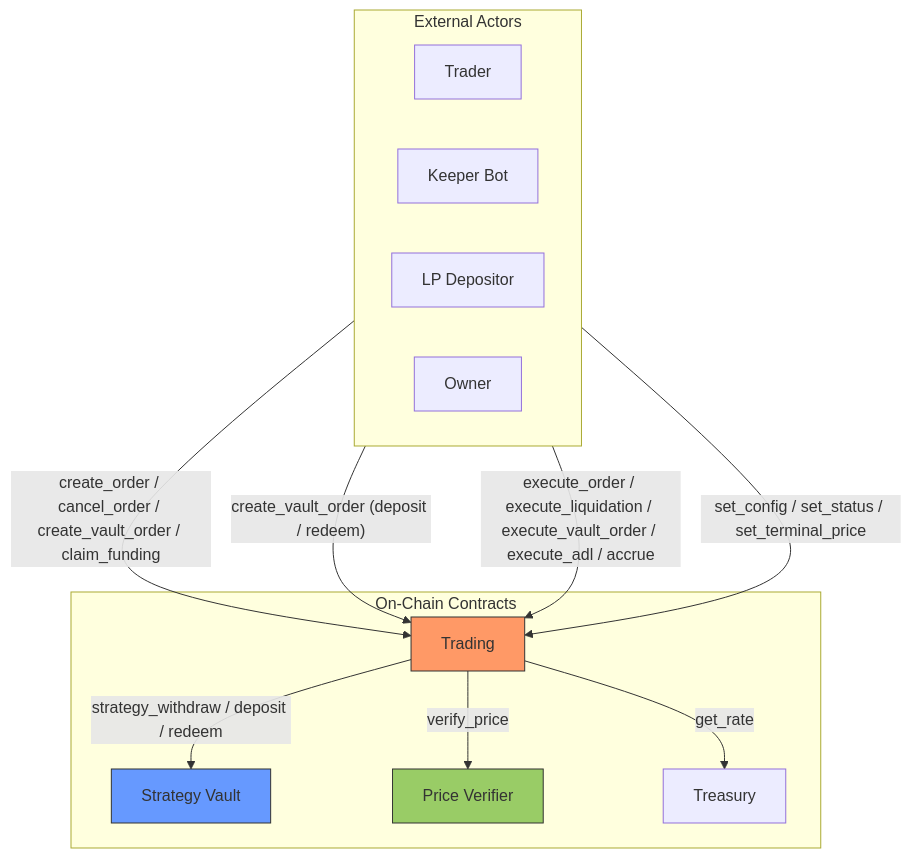
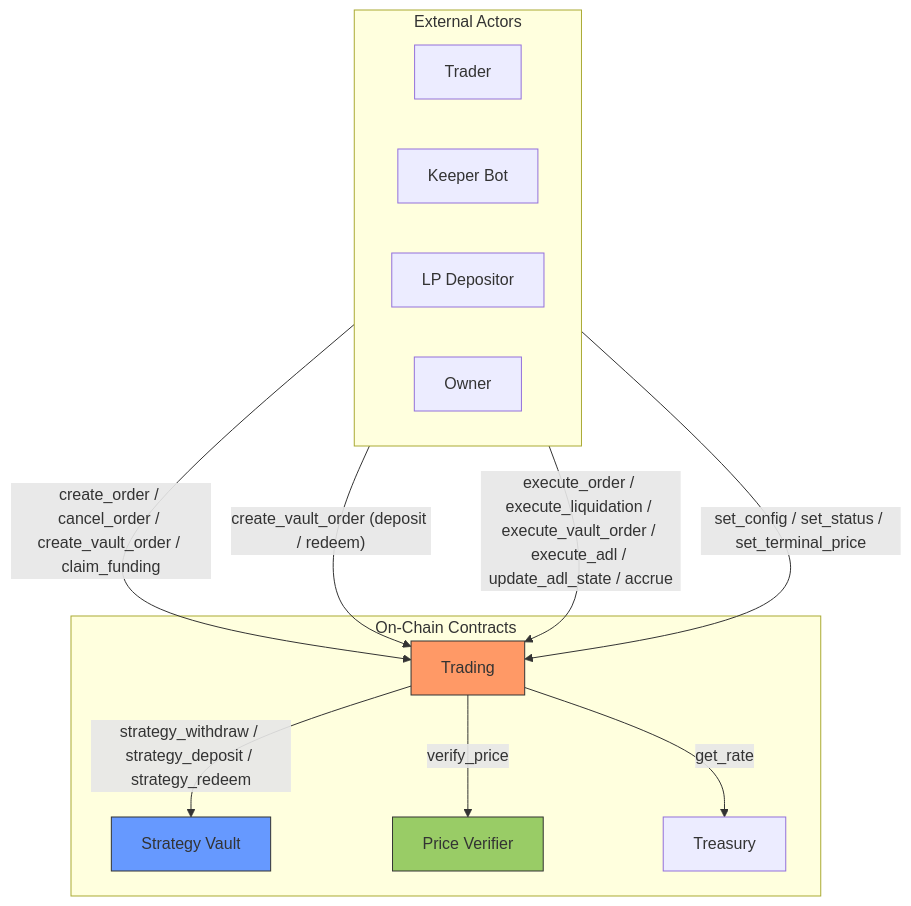
One commit to zenith-protocols/zenex-docs changed the diagram in technical/index.md. Above: the diagram before and after it, drawn with Mermaid. The commit also changed other lines of this file and 50 other files, not shown here.

````diff
--- a/technical/index.md
+++ b/technical/index.md
@@ -41,30 +41,30 @@
 ```mermaid
 flowchart TB
     subgraph Actors["External Actors"]
         direction LR
         Trader["Trader"]
         Keeper["Keeper Bot"]
         LP["LP Depositor"]
         Admin["Owner"]
     end
 
     subgraph Contracts["On-Chain Contracts"]
         Trading["Trading"]
         Vault["Strategy Vault"]
         PV["Price Verifier"]
         Treasury["Treasury"]
     end
 
     Trader -->|"create_order / cancel_order / create_vault_order / claim_funding"| Trading
     LP -->|"create_vault_order (deposit / redeem)"| Trading
-    Keeper -->|"execute_order / execute_liquidation / execute_vault_order / execute_adl / accrue"| Trading
+    Keeper -->|"execute_order / execute_liquidation / execute_vault_order / execute_adl / update_adl_state / accrue"| Trading
     Admin -->|"set_config / set_status / set_terminal_price"| Trading
 
     Trading -->|"verify_price"| PV
-    Trading -->|"strategy_withdraw / deposit / redeem"| Vault
+    Trading -->|"strategy_withdraw / strategy_deposit / strategy_redeem"| Vault
     Trading -->|"get_rate"| Treasury
 
     style Trading fill:#f96,stroke:#333
     style Vault fill:#69f,stroke:#333
     style PV fill:#9c6,stroke:#333
 ```
````
